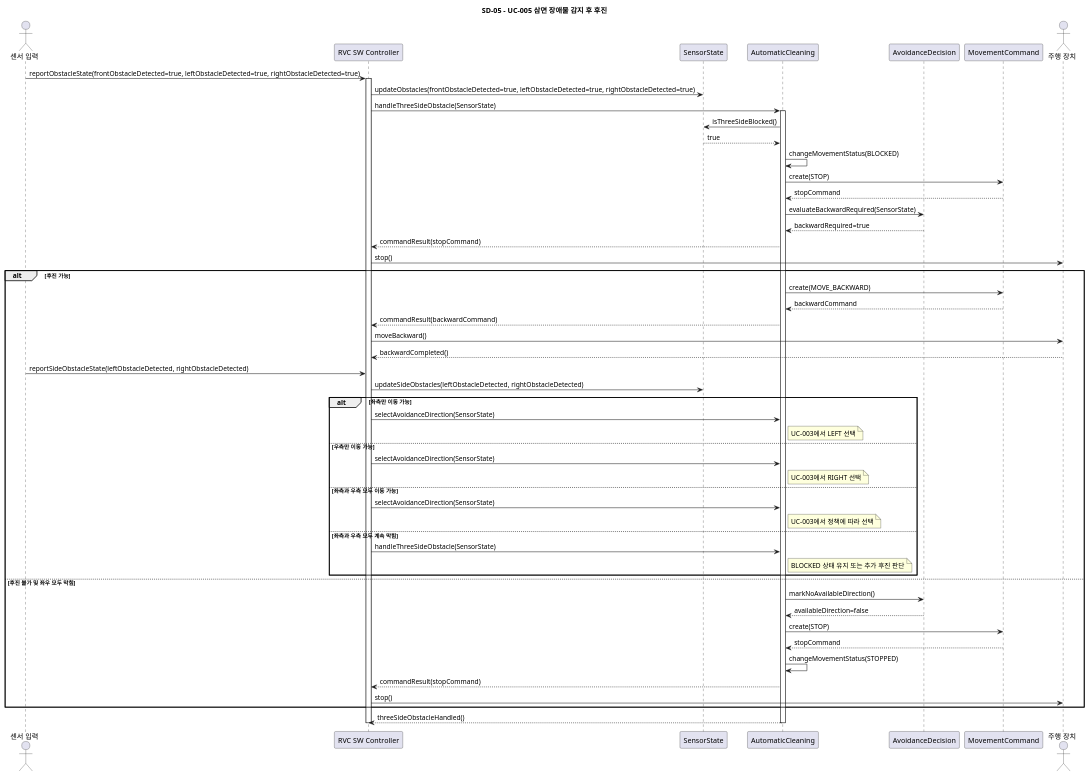
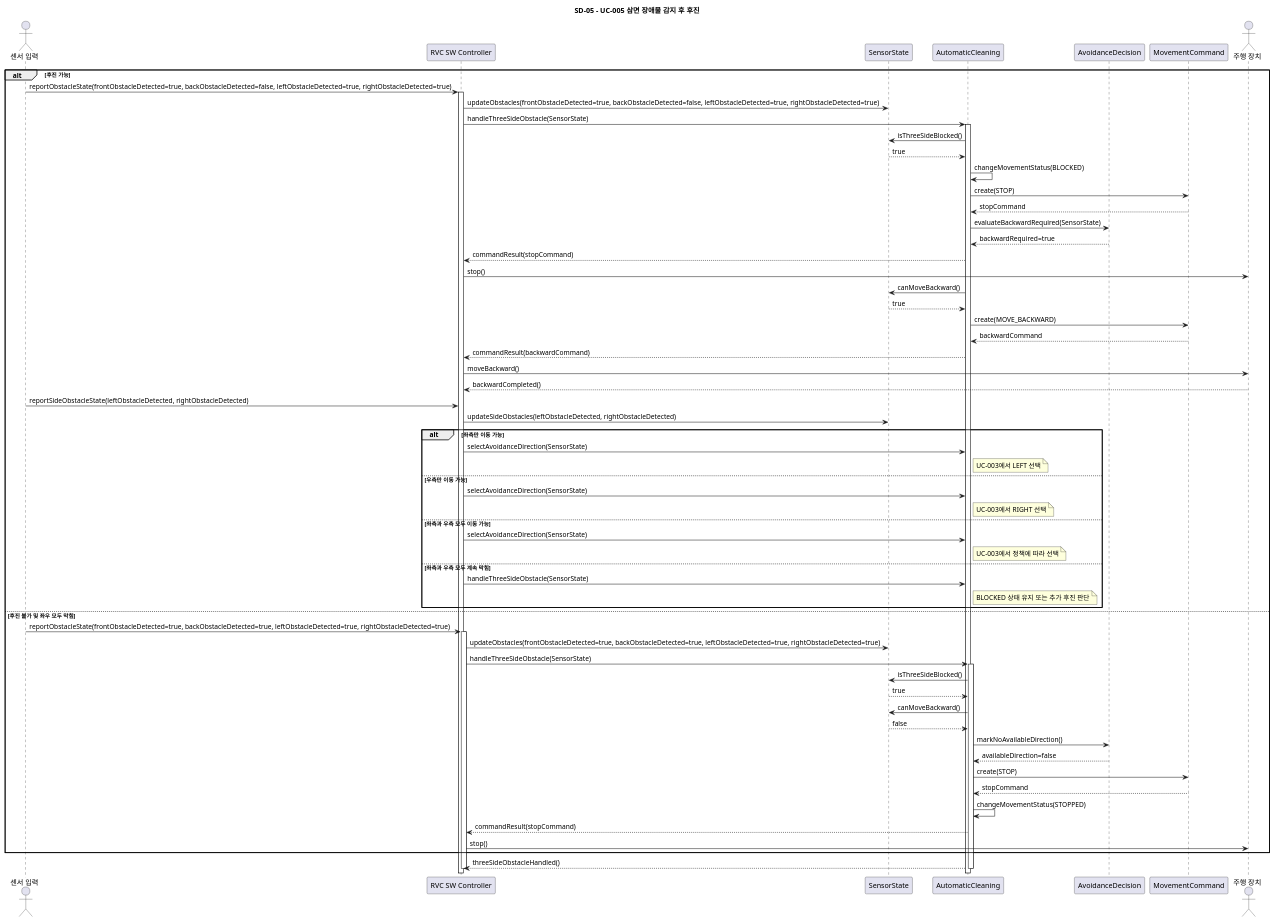
The diagram in docs/sd/SD-05.puml (OOAD-Team3/Robot-Vacuum-Cleaner-AI), drawn with PlantUML before and after one commit. The commit also changed other lines of this file and 9 other files, not shown here.

```diff
--- a/docs/sd/SD-05.puml
+++ b/docs/sd/SD-05.puml
@@ -6,61 +6,71 @@
 @startuml SD_05_UC005_Backward_On_Three_Side_Obstacle
 title SD-05 - UC-005 삼면 장애물 감지 후 후진
 
 actor "센서 입력" as Sensor
 participant "RVC SW Controller" as Controller
 participant "SensorState" as SensorState
 participant "AutomaticCleaning" as Cleaning
 participant "AvoidanceDecision" as AvoidanceDecision
 participant "MovementCommand" as MovementCommand
 actor "주행 장치" as Drive
 
-Sensor -> Controller: reportObstacleState(frontObstacleDetected=true, leftObstacleDetected=true, rightObstacleDetected=true)
-activate Controller
-Controller -> SensorState: updateObstacles(frontObstacleDetected=true, leftObstacleDetected=true, rightObstacleDetected=true)
-Controller -> Cleaning: handleThreeSideObstacle(SensorState)
-activate Cleaning
-Cleaning -> SensorState: isThreeSideBlocked()
-SensorState --> Cleaning: true
-Cleaning -> Cleaning: changeMovementStatus(BLOCKED)
-Cleaning -> MovementCommand: create(STOP)
-MovementCommand --> Cleaning: stopCommand
-Cleaning -> AvoidanceDecision: evaluateBackwardRequired(SensorState)
-AvoidanceDecision --> Cleaning: backwardRequired=true
-Cleaning --> Controller: commandResult(stopCommand)
-Controller -> Drive: stop()
-
 alt 후진 가능
+    Sensor -> Controller: reportObstacleState(frontObstacleDetected=true, backObstacleDetected=false, leftObstacleDetected=true, rightObstacleDetected=true)
+    activate Controller
+    Controller -> SensorState: updateObstacles(frontObstacleDetected=true, backObstacleDetected=false, leftObstacleDetected=true, rightObstacleDetected=true)
+    Controller -> Cleaning: handleThreeSideObstacle(SensorState)
+    activate Cleaning
+    Cleaning -> SensorState: isThreeSideBlocked()
+    SensorState --> Cleaning: true
+    Cleaning -> Cleaning: changeMovementStatus(BLOCKED)
+    Cleaning -> MovementCommand: create(STOP)
+    MovementCommand --> Cleaning: stopCommand
+    Cleaning -> AvoidanceDecision: evaluateBackwardRequired(SensorState)
+    AvoidanceDecision --> Cleaning: backwardRequired=true
+    Cleaning --> Controller: commandResult(stopCommand)
+    Controller -> Drive: stop()
+    Cleaning -> SensorState: canMoveBackward()
+    SensorState --> Cleaning: true
     Cleaning -> MovementCommand: create(MOVE_BACKWARD)
     MovementCommand --> Cleaning: backwardCommand
     Cleaning --> Controller: commandResult(backwardCommand)
     Controller -> Drive: moveBackward()
     Drive --> Controller: backwardCompleted()
     Sensor -> Controller: reportSideObstacleState(leftObstacleDetected, rightObstacleDetected)
     Controller -> SensorState: updateSideObstacles(leftObstacleDetected, rightObstacleDetected)
     alt 좌측만 이동 가능
         Controller -> Cleaning: selectAvoidanceDirection(SensorState)
         note right of Cleaning: UC-003에서 LEFT 선택
     else 우측만 이동 가능
         Controller -> Cleaning: selectAvoidanceDirection(SensorState)
         note right of Cleaning: UC-003에서 RIGHT 선택
     else 좌측과 우측 모두 이동 가능
         Controller -> Cleaning: selectAvoidanceDirection(SensorState)
         note right of Cleaning: UC-003에서 정책에 따라 선택
     else 좌측과 우측 모두 계속 막힘
         Controller -> Cleaning: handleThreeSideObstacle(SensorState)
         note right of Cleaning: BLOCKED 상태 유지 또는 추가 후진 판단
     end
 else 후진 불가 및 좌우 모두 막힘
+    Sensor -> Controller: reportObstacleState(frontObstacleDetected=true, backObstacleDetected=true, leftObstacleDetected=true, rightObstacleDetected=true)
+    activate Controller
+    Controller -> SensorState: updateObstacles(frontObstacleDetected=true, backObstacleDetected=true, leftObstacleDetected=true, rightObstacleDetected=true)
+    Controller -> Cleaning: handleThreeSideObstacle(SensorState)
+    activate Cleaning
+    Cleaning -> SensorState: isThreeSideBlocked()
+    SensorState --> Cleaning: true
+    Cleaning -> SensorState: canMoveBackward()
+    SensorState --> Cleaning: false
     Cleaning -> AvoidanceDecision: markNoAvailableDirection()
     AvoidanceDecision --> Cleaning: availableDirection=false
     Cleaning -> MovementCommand: create(STOP)
     MovementCommand --> Cleaning: stopCommand
     Cleaning -> Cleaning: changeMovementStatus(STOPPED)
     Cleaning --> Controller: commandResult(stopCommand)
     Controller -> Drive: stop()
 end
 
 Cleaning --> Controller: threeSideObstacleHandled()
 deactivate Cleaning
 deactivate Controller
 @enduml
```
